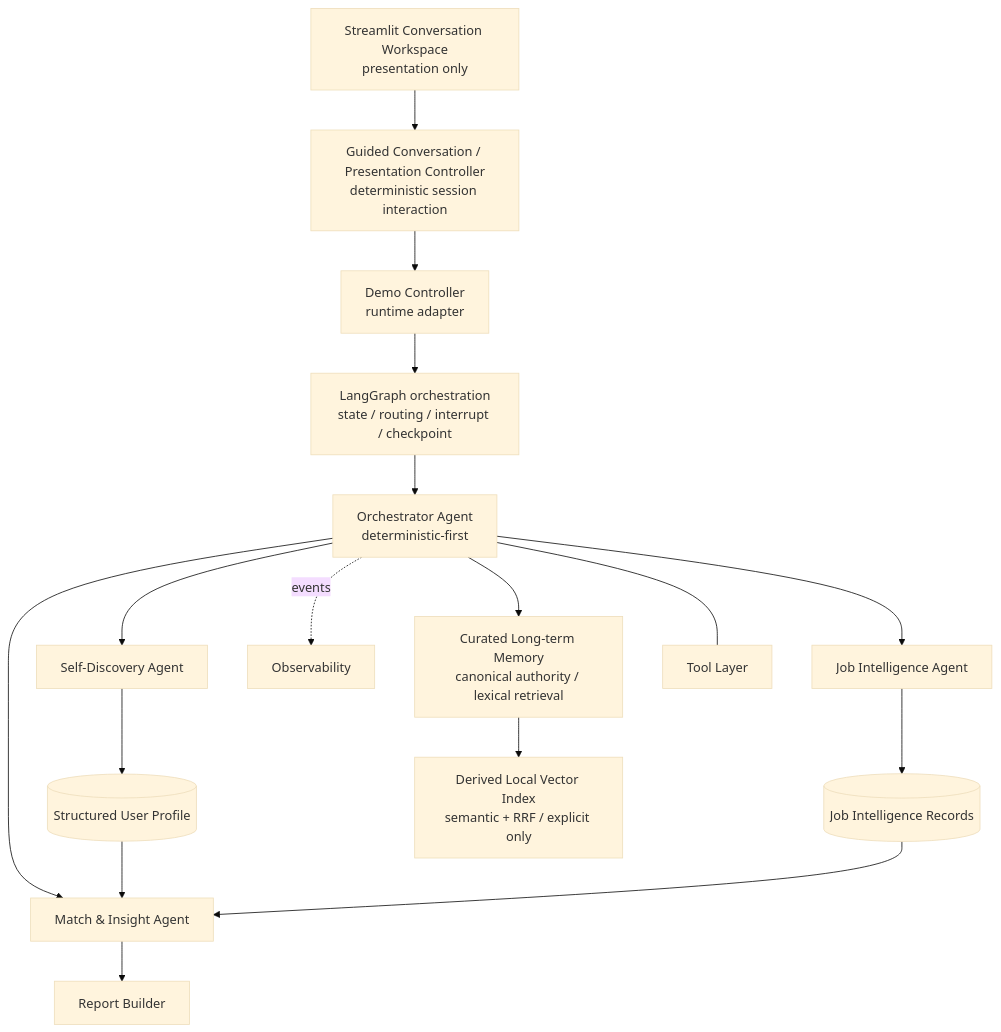
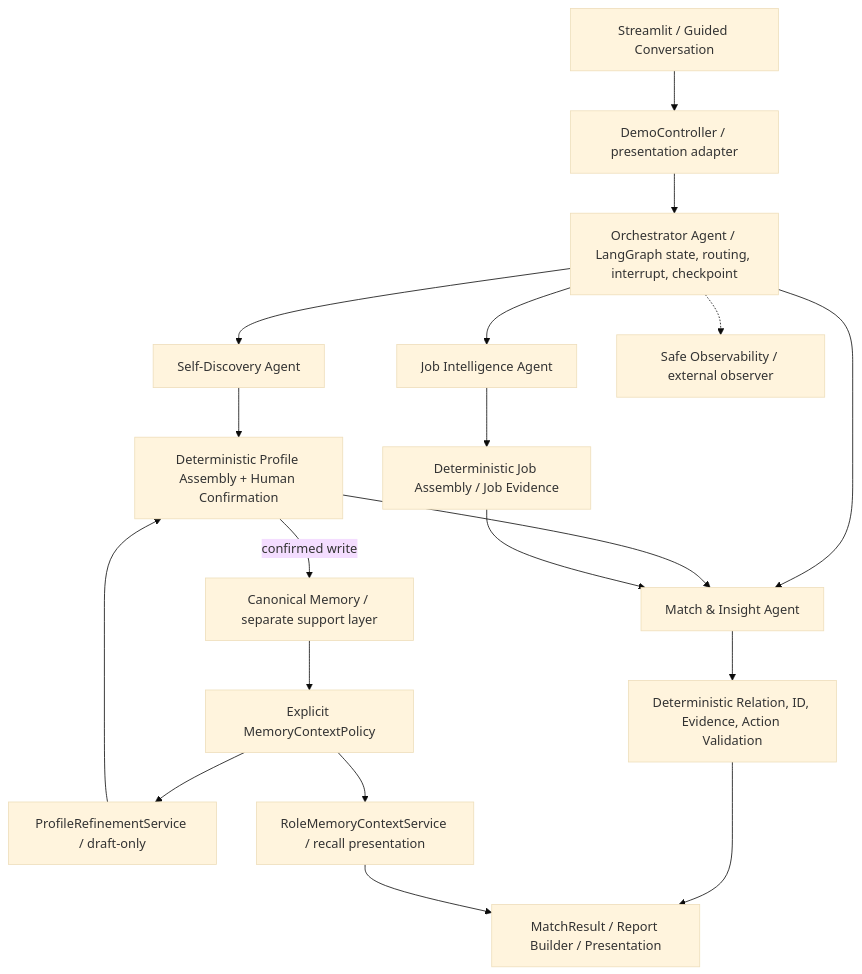
Before and after one commit to wangzch337-max/orange-career-agent: the second of 3 diagrams in README.md, drawn with Mermaid (base theme). The commit also changed other lines of this file and 15 other files, not shown here.

````diff
--- a/README.md
+++ b/README.md
@@ -35,19 +69,21 @@
 ```mermaid
-flowchart TD
-    UI[Streamlit Conversation Workspace<br/>presentation only] --> GC[Guided Conversation / Presentation Controller<br/>deterministic session interaction]
-    GC --> DC[Demo Controller<br/>runtime adapter]
-    DC --> LG[LangGraph orchestration<br/>state / routing / interrupt / checkpoint]
-    LG --> O[Orchestrator Agent<br/>deterministic-first]
-    O --> S[Self-Discovery Agent]
-    O --> J[Job Intelligence Agent]
-    O --> M[Match & Insight Agent]
-    S --> P[(Structured User Profile)]
-    J --> R[(Job Intelligence Records)]
-    P --> M
-    R --> M
-    M --> B[Report Builder]
-    O -. events .-> OBS[Observability]
-    O --> MEM[Curated Long-term Memory<br/>canonical authority / lexical retrieval]
-    MEM --> VEC[Derived Local Vector Index<br/>semantic + RRF / explicit only]
-    O --- T[Tool Layer]
+flowchart TB
+    UI["Streamlit / Guided Conversation"] --> DC["DemoController / presentation adapter"]
+    DC --> O["Orchestrator Agent / LangGraph state, routing, interrupt, checkpoint"]
+    O --> S["Self-Discovery Agent"]
+    O --> J["Job Intelligence Agent"]
+    O --> M["Match & Insight Agent"]
+    S --> PA["Deterministic Profile Assembly + Human Confirmation"]
+    J --> JA["Deterministic Job Assembly / Job Evidence"]
+    PA --> M
+    JA --> M
+    M --> V["Deterministic Relation, ID, Evidence, Action Validation"]
+    V --> R["MatchResult / Report Builder / Presentation"]
+    PA -->|"confirmed write"| MEM["Canonical Memory / separate support layer"]
+    MEM --> P["Explicit MemoryContextPolicy"]
+    P --> PR["ProfileRefinementService / draft-only"]
+    P --> RC["RoleMemoryContextService / recall presentation"]
+    PR --> PA
+    RC --> R
+    O -.-> OBS["Safe Observability / external observer"]
 ```
````
